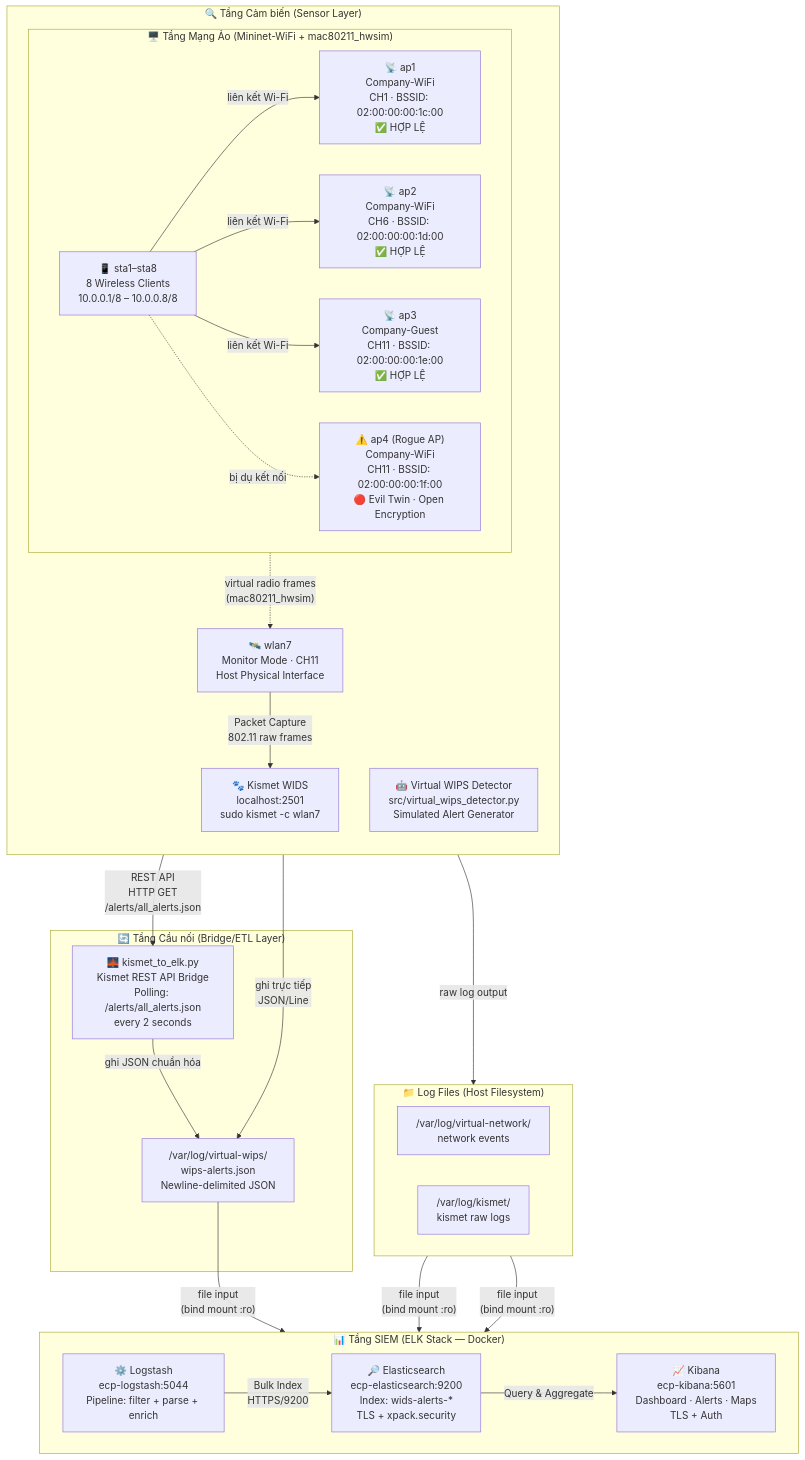
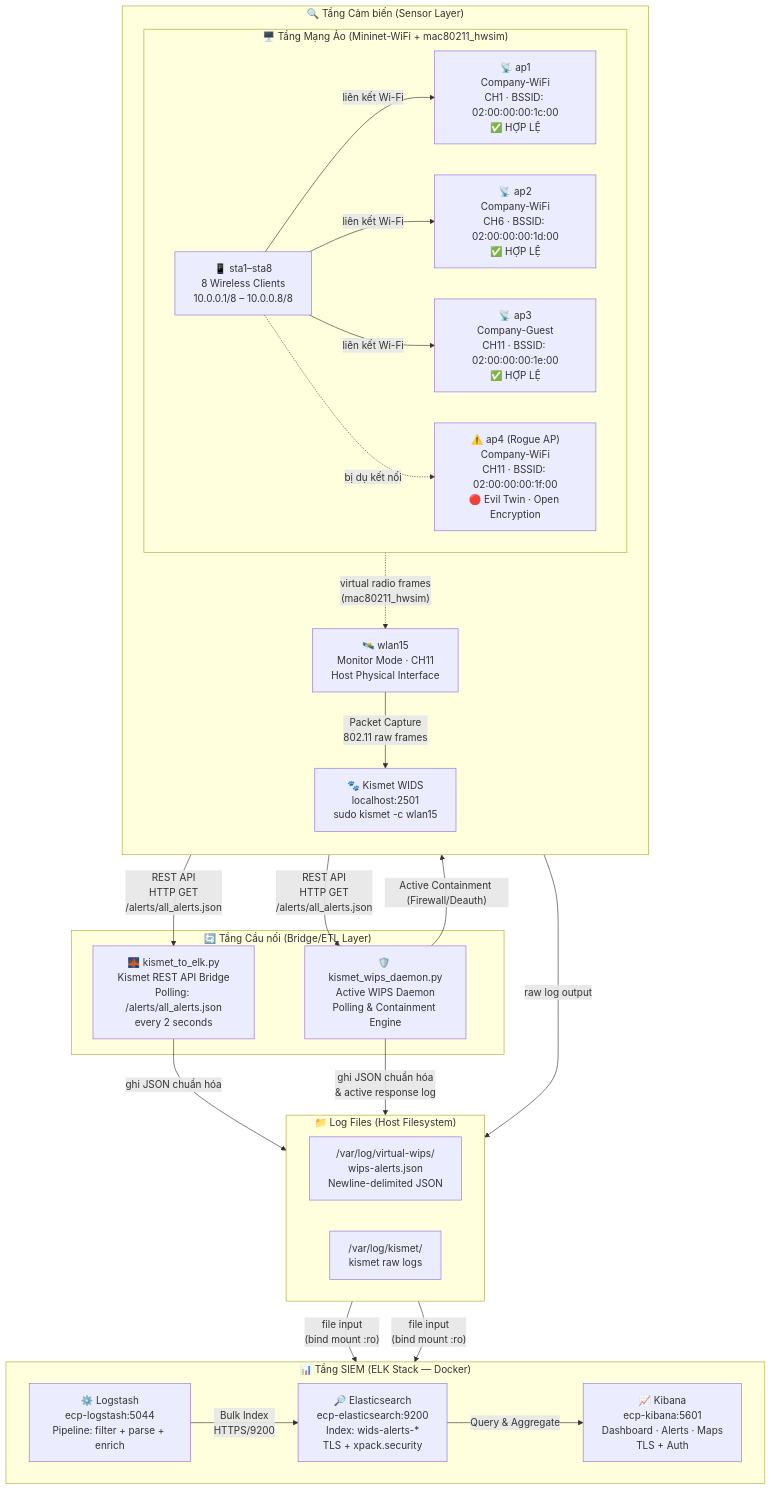
One commit to ph4n10m1808/wireless-mobile-network-security-project changed the first of 7 diagrams in DATA_FLOW.md. Above: the diagram before and after it, drawn with Mermaid. The commit also changed other lines of this file and 11 other files, not shown here.

````diff
--- a/DATA_FLOW.md
+++ b/DATA_FLOW.md
@@ -11,50 +11,49 @@
 ```mermaid
 flowchart TB
     subgraph VIRTUAL_NET["🖥️ Tầng Mạng Ảo (Mininet-WiFi + mac80211_hwsim)"]
         direction LR
         AP1["📡 ap1\nCompany-WiFi\nCH1 · BSSID: 02:00:00:00:1c:00\n✅ HỢP LỆ"]
         AP2["📡 ap2\nCompany-WiFi\nCH6 · BSSID: 02:00:00:00:1d:00\n✅ HỢP LỆ"]
         AP3["📡 ap3\nCompany-Guest\nCH11 · BSSID: 02:00:00:00:1e:00\n✅ HỢP LỆ"]
         ROGUE["⚠️ ap4 (Rogue AP)\nCompany-WiFi\nCH11 · BSSID: 02:00:00:00:1f:00\n🔴 Evil Twin · Open Encryption"]
         STA["📱 sta1–sta8\n8 Wireless Clients\n10.0.0.1/8 – 10.0.0.8/8"]
         STA -->|liên kết Wi-Fi| AP1 & AP2 & AP3
         STA -.->|bị dụ kết nối| ROGUE
     end
 
     subgraph SENSORS["🔍 Tầng Cảm biến (Sensor Layer)"]
         direction TB
-        WLAN7["🛰️ wlan7\nMonitor Mode · CH11\nHost Physical Interface"]
-        KISMET["🐾 Kismet WIDS\nlocalhost:2501\nsudo kismet -c wlan7"]
-        VWIPS["🤖 Virtual WIPS Detector\nsrc/virtual_wips_detector.py\nSimulated Alert Generator"]
+        WLAN7["🛰️ wlan15\nMonitor Mode · CH11\nHost Physical Interface"]
+        KISMET["🐾 Kismet WIDS\nlocalhost:2501\nsudo kismet -c wlan15"]
         WLAN7 -->|"Packet Capture\n802.11 raw frames"| KISMET
         VIRTUAL_NET -.->|"virtual radio frames\n(mac80211_hwsim)"| WLAN7
     end
 
     subgraph BRIDGE["🔄 Tầng Cầu nối (Bridge/ETL Layer)"]
         KISMET_BRIDGE["🌉 kismet_to_elk.py\nKismet REST API Bridge\nPolling: /alerts/all_alerts.json\nevery 2 seconds"]
-        KISMET -->|"REST API\nHTTP GET\n/alerts/all_alerts.json"| KISMET_BRIDGE
-        VWIPS -->|"ghi trực tiếp\nJSON/Line"| LOG_WIPS
+        KISMET_WIPS["🛡️ kismet_wips_daemon.py\nActive WIPS Daemon\nPolling & Containment Engine"]
+        KISMET -->|"REST API\nHTTP GET\n/alerts/all_alerts.json"| KISMET_BRIDGE & KISMET_WIPS
+        KISMET_WIPS -->|"Active Containment (Firewall/Deauth)"| VIRTUAL_NET
     end
 
     subgraph LOGS["📁 Log Files (Host Filesystem)"]
         direction LR
         LOG_WIPS["/var/log/virtual-wips/\nwips-alerts.json\nNewline-delimited JSON"]
-        LOG_NET["/var/log/virtual-network/\nnetwork events"]
         LOG_KISMET["/var/log/kismet/\nkismet raw logs"]
         KISMET_BRIDGE -->|"ghi JSON chuẩn hóa"| LOG_WIPS
+        KISMET_WIPS -->|"ghi JSON chuẩn hóa\n& active response log"| LOG_WIPS
         KISMET -->|"raw log output"| LOG_KISMET
     end
 
     subgraph SIEM["📊 Tầng SIEM (ELK Stack — Docker)"]
         direction LR
         LOGSTASH["⚙️ Logstash\necp-logstash:5044\nPipeline: filter + parse + enrich"]
         ES["🔎 Elasticsearch\necp-elasticsearch:9200\nIndex: wids-alerts-*\nTLS + xpack.security"]
         KIBANA["📈 Kibana\necp-kibana:5601\nDashboard · Alerts · Maps\nTLS + Auth"]
         LOGSTASH -->|"Bulk Index\nHTTPS/9200"| ES
         ES -->|"Query & Aggregate"| KIBANA
     end
 
     LOG_WIPS -->|"file input\n(bind mount :ro)"| LOGSTASH
-    LOG_NET  -->|"file input\n(bind mount :ro)"| LOGSTASH
     LOG_KISMET -->|"file input\n(bind mount :ro)"| LOGSTASH
 ```
````
